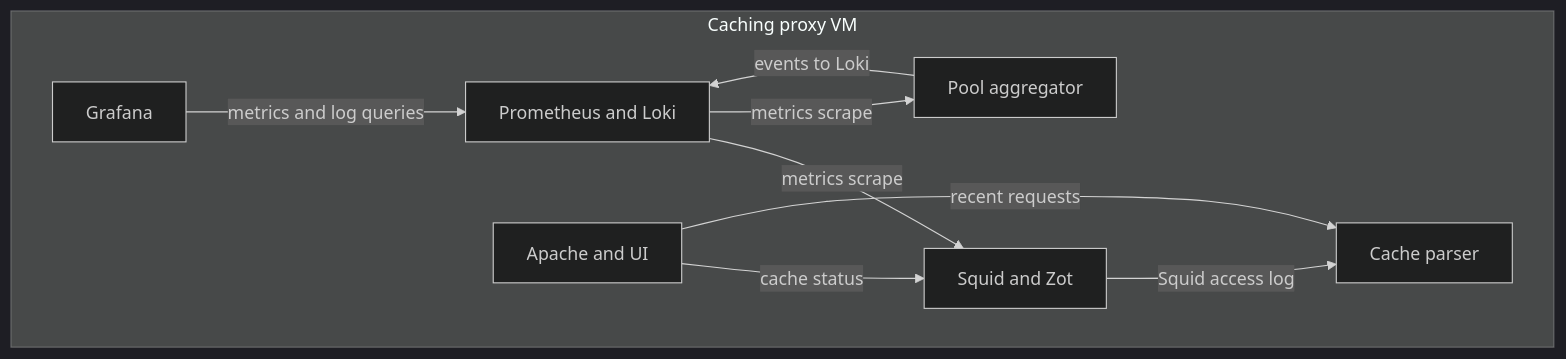
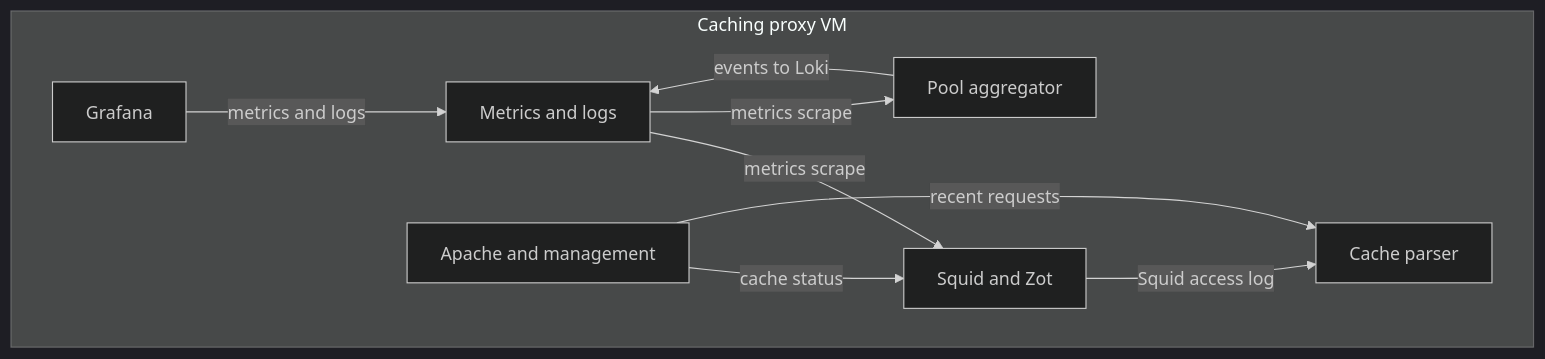
Before and after one commit to alissonsol/yuruna: the third of 5 diagrams in docs/design/06-deployment.md, drawn with Mermaid (dark theme). The commit also changed other lines of this file and 1343 other files, not shown here.

````diff
--- a/docs/design/06-deployment.md
+++ b/docs/design/06-deployment.md
@@ -125,18 +140,18 @@
 ```mermaid
 flowchart TB
     subgraph caching-proxy-service["Caching proxy VM"]
         squid-zot["Squid and Zot"]
         caching-proxy-parser-service["Cache parser"]
         pool-aggregator-service["Pool aggregator"]
-        prometheus-loki["Prometheus and Loki"]
+        prometheus-loki["Metrics and logs"]
         grafana["Grafana"]
-        apache2["Apache and UI"]
+        apache2["Apache and management"]
     end
     squid-zot -->|Squid access log| caching-proxy-parser-service
     prometheus-loki -->|metrics scrape| squid-zot
     prometheus-loki -->|metrics scrape| pool-aggregator-service
     pool-aggregator-service -->|events to Loki| prometheus-loki
-    grafana -->|metrics and log queries| prometheus-loki
+    grafana -->|metrics and logs| prometheus-loki
     apache2 -->|cache status| squid-zot
     apache2 -->|recent requests| caching-proxy-parser-service
 ```
````
